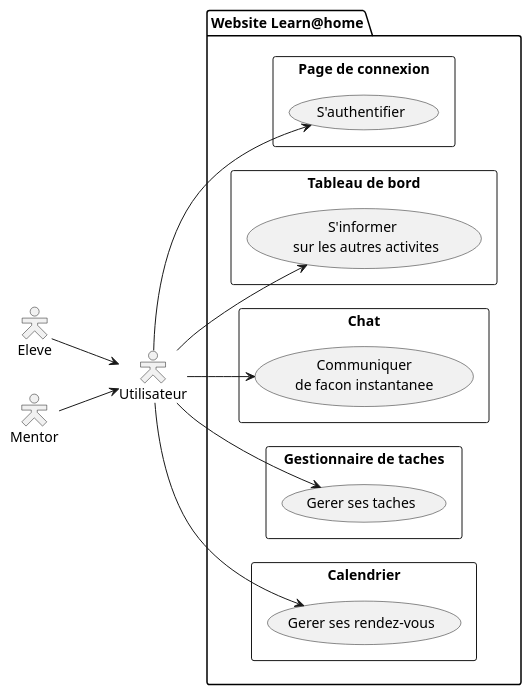
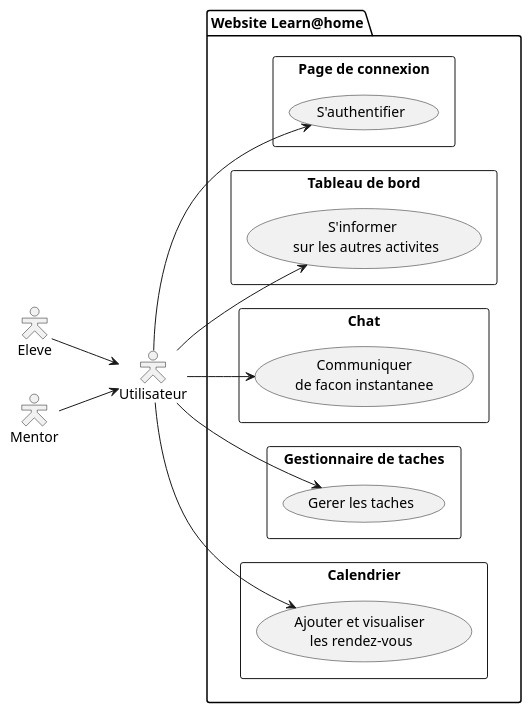
The diagram in P03_Use_Case.puml (Dhyakia/OPC_Project03), drawn with PlantUML before and after one commit. The commit also changed 3 other files, not shown here.

```diff
--- a/P03_Use_Case.puml
+++ b/P03_Use_Case.puml
@@ -1,35 +1,35 @@
 @startuml
 skinparam actorStyle Hollow
 left to right direction
 
 :Eleve: as EL
 :Mentor: as Mento
 :Utilisateur: as U
 
 Mento --> U
 EL --> U
 
 package "Website Learn@home" {
     rectangle "Page de connexion" {
         (S'authentifier) as ID
         U --> ID
     }
     rectangle "Tableau de bord" {
         (S'informer \n sur les autres activites) as S
         U --> S
     }
     rectangle "Chat" {
         (Communiquer\nde facon instantanee) as C
         U --> C
     }
     rectangle "Gestionnaire de taches" {
-        (Gerer ses taches) as T
+        (Gerer les taches) as T
         U --> T
     }
     rectangle "Calendrier" {
-        (Gerer ses rendez-vous) as G
+        (Ajouter et visualiser \nles rendez-vous) as G
         U --> G
     }
 }
 
 @enduml
```
